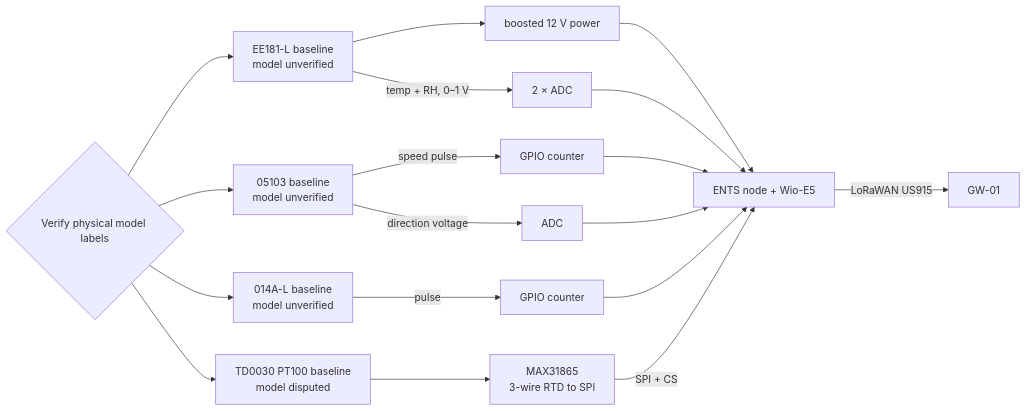
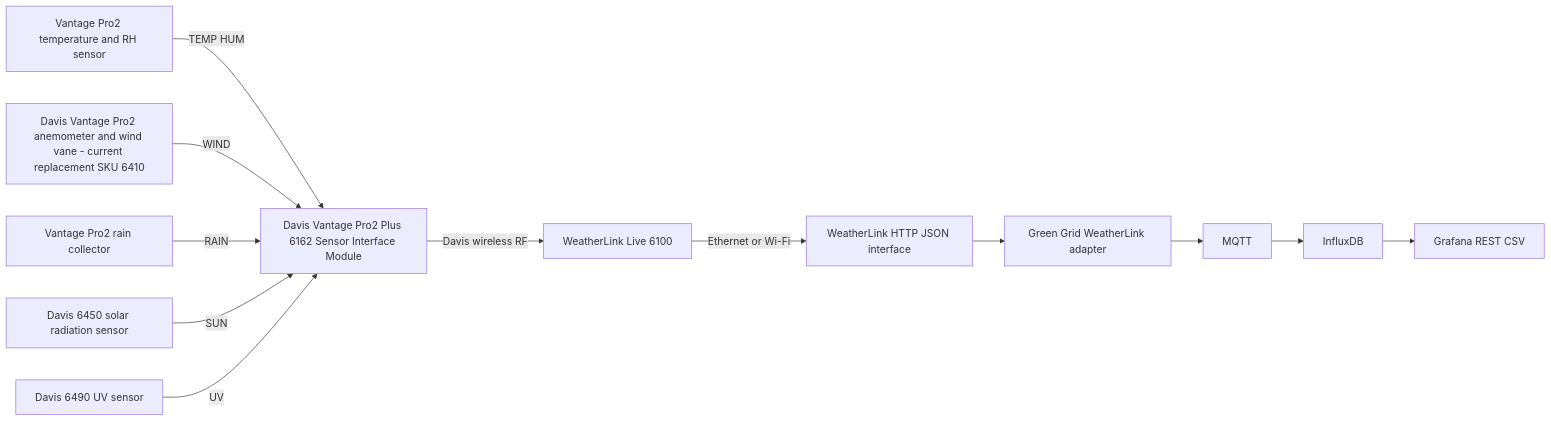
One commit to tienonic/fieldworks changed the diagram in docs/01-architecture/met-sandbox.mmd. Above: the diagram before and after it, drawn with Mermaid.

Commit message:
Redraw MET-01 Davis weather path

```diff
--- a/docs/01-architecture/met-sandbox.mmd
+++ b/docs/01-architecture/met-sandbox.mmd
@@ -1,19 +1,12 @@
 flowchart LR
-  GATE{"Verify physical model labels"}
-  TRH["EE181-L baseline\nmodel unverified"] --> B12["boosted 12 V power"]
-  TRH -->|"temp + RH, 0–1 V"| ADC["2 × ADC"]
-  WIND["05103 baseline\nmodel unverified"] -->|"speed pulse"| GPIO1["GPIO counter"]
-  WIND -->|"direction voltage"| ADC2["ADC"]
-  CUP["014A-L baseline\nmodel unverified"] -->|"pulse"| GPIO2["GPIO counter"]
-  PT["TD0030 PT100 baseline\nmodel disputed"] --> MAX["MAX31865\n3-wire RTD to SPI"]
-  GATE --> TRH
-  GATE --> WIND
-  GATE --> CUP
-  GATE --> PT
-  B12 --> ENTS["ENTS node + Wio-E5"]
-  ADC --> ENTS
-  GPIO1 --> ENTS
-  ADC2 --> ENTS
-  GPIO2 --> ENTS
-  MAX -->|"SPI + CS"| ENTS
-  ENTS -->|"LoRaWAN US915"| GW["GW-01"]
+  TRH["Vantage Pro2 temperature and RH sensor"] -->|"TEMP HUM"| SIM["Davis Vantage Pro2 Plus 6162 Sensor Interface Module"]
+  WIND["Davis Vantage Pro2 anemometer and wind vane - current replacement SKU 6410"] -->|"WIND"| SIM
+  RAIN["Vantage Pro2 rain collector"] -->|"RAIN"| SIM
+  SOLAR["Davis 6450 solar radiation sensor"] -->|"SUN"| SIM
+  UV["Davis 6490 UV sensor"] -->|"UV"| SIM
+  SIM -->|"Davis wireless RF"| WLL["WeatherLink Live 6100"]
+  WLL -->|"Ethernet or Wi-Fi"| API["WeatherLink HTTP JSON interface"]
+  API --> ADAPTER["Green Grid WeatherLink adapter"]
+  ADAPTER --> MQTT["MQTT"]
+  MQTT --> DB["InfluxDB"]
+  DB --> UI["Grafana REST CSV"]
```
